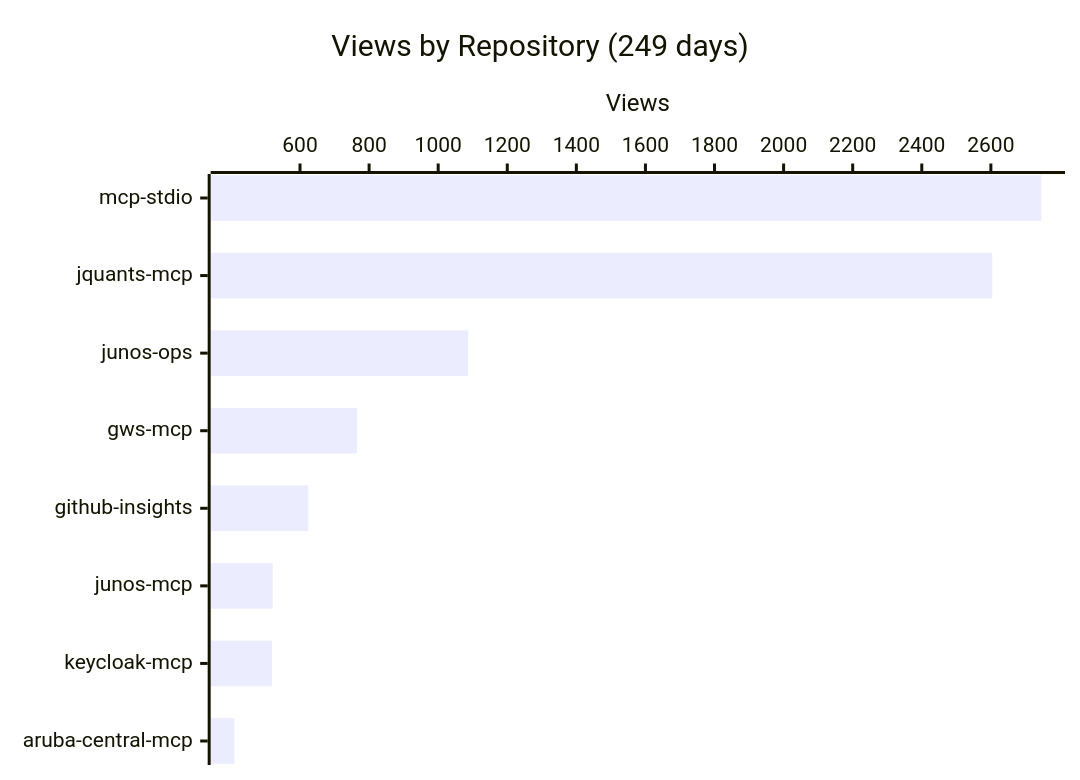
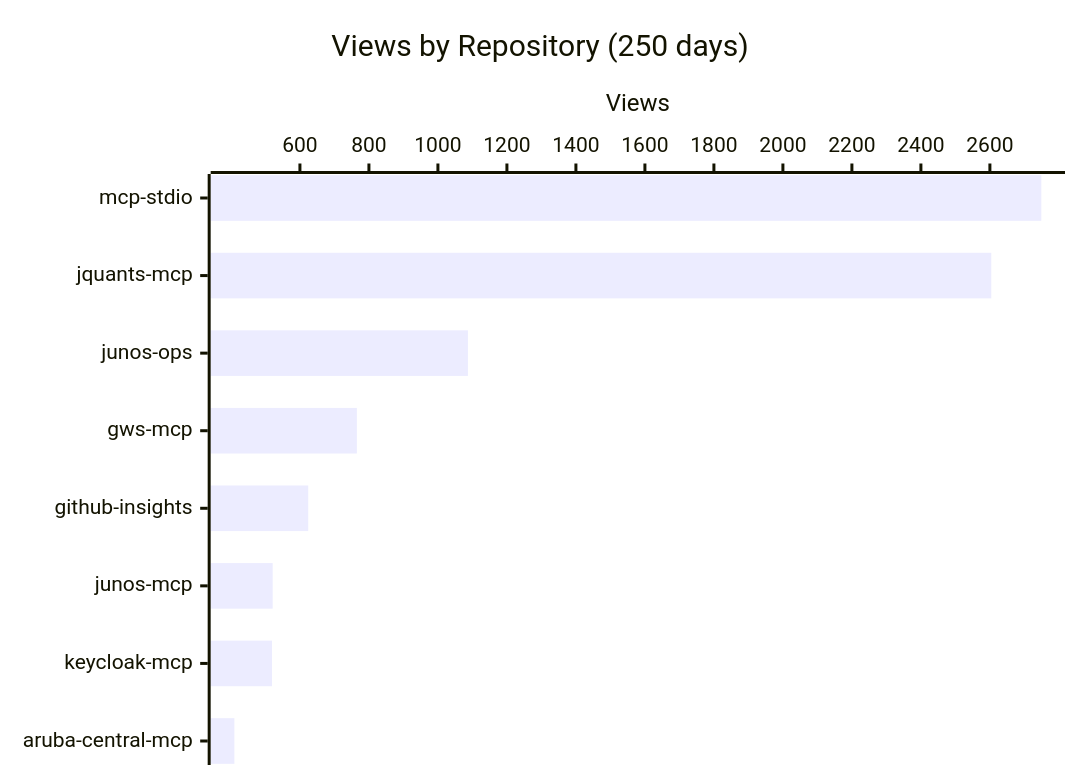
One commit to shigechika/github-insights changed the first of 4 diagrams in README.md. Above: the diagram before and after it, drawn with Mermaid. The commit also changed other lines of this file and 1 other file, not shown here.

````diff
--- a/README.md
+++ b/README.md
@@ -18,7 +18,7 @@
 ```mermaid
 xychart-beta horizontal
-    title "Views by Repository (249 days)"
+    title "Views by Repository (250 days)"
     x-axis ["mcp-stdio", "jquants-mcp", "junos-ops", "gws-mcp", "github-insights", "junos-mcp", "keycloak-mcp", "aruba-central-mcp"]
     y-axis "Views"
-    bar [2746, 2604, 1087, 765, 624, 521, 519, 410]
+    bar [2749, 2604, 1087, 765, 624, 521, 519, 410]
 ```
````
